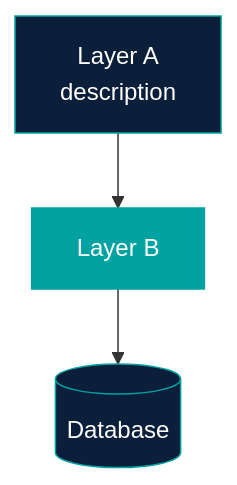
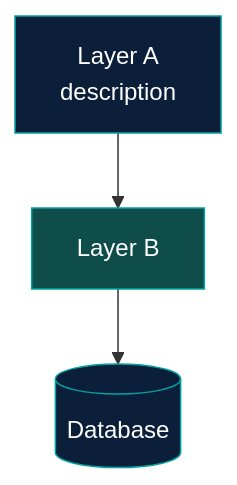
One commit to AndreVianna/aid-methodology changed the first of 6 diagrams in templates/knowledge-summary/mermaid-examples.md. Above: the diagram before and after it, drawn with Mermaid. The commit also changed other lines of this file and 59 other files, not shown here.

````diff
--- a/templates/knowledge-summary/mermaid-examples.md
+++ b/templates/knowledge-summary/mermaid-examples.md
@@ -14,12 +14,12 @@
 ```mermaid
 flowchart TB
     classDef primary fill:#0B1F3A,stroke:#00A3A1,color:#fff;
-    classDef accent  fill:#00A3A1,stroke:#00A3A1,color:#fff;
+    classDef accent  fill:#0E4D4A,stroke:#00A3A1,color:#fff;
 
     A["Layer A<br/>description"]:::primary
     B["Layer B"]:::accent
     C[("Database")]:::primary
 
     A --> B
     B --> C
 ```
````
